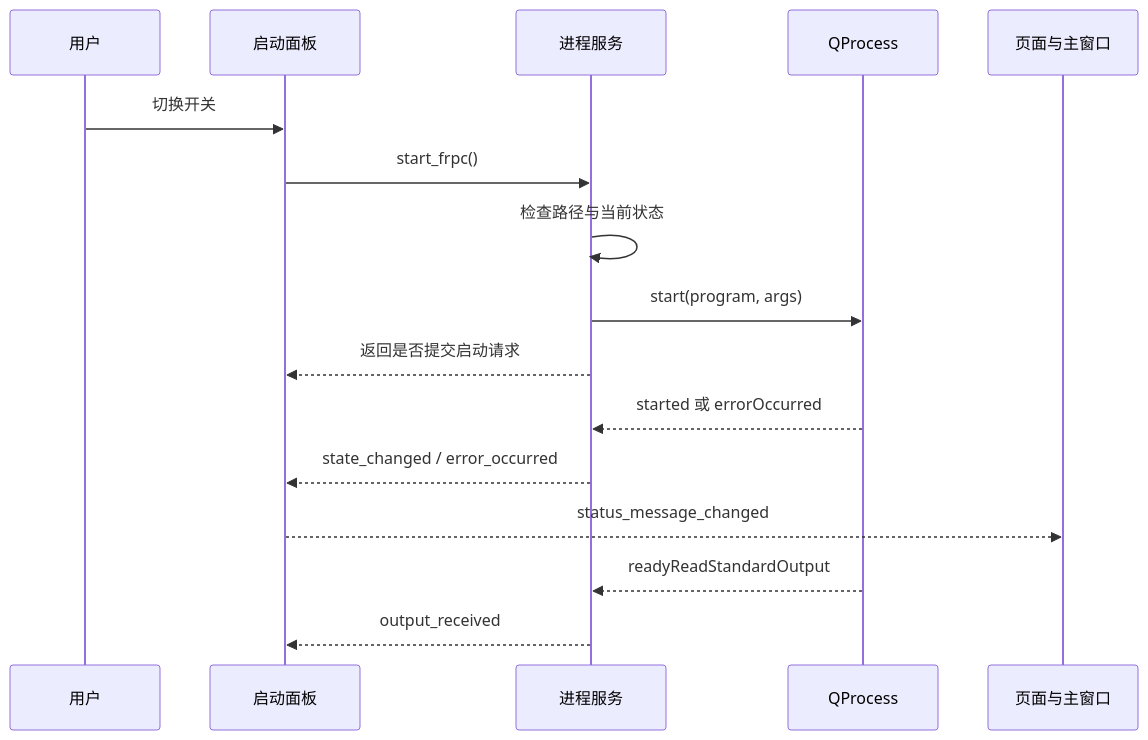
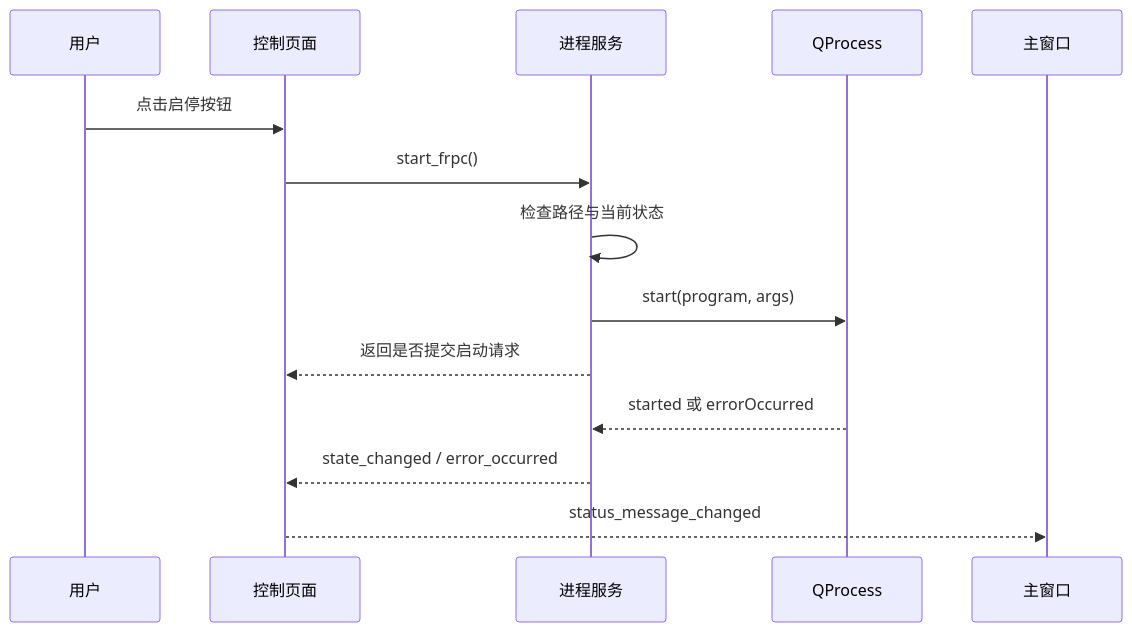
One commit to BigSheep261/EasyFrp changed the diagram in docs/Book/26_从教材走进EasyFrp源码.md. Above: the diagram before and after it, drawn with Mermaid. The commit also changed other lines of this file and 36 other files, not shown here.

````diff
--- a/docs/Book/26_从教材走进EasyFrp源码.md
+++ b/docs/Book/26_从教材走进EasyFrp源码.md
@@ -37,18 +35,16 @@
 ```mermaid
 sequenceDiagram
     participant U as 用户
-    participant P as 启动面板
+    participant P as 控制页面
     participant S as 进程服务
     participant Q as QProcess
-    participant W as 页面与主窗口
-    U->>P: 切换开关
+    participant W as 主窗口
+    U->>P: 点击启停按钮
     P->>S: start_frpc()
     S->>S: 检查路径与当前状态
     S->>Q: start(program, args)
     S-->>P: 返回是否提交启动请求
     Q-->>S: started 或 errorOccurred
     S-->>P: state_changed / error_occurred
     P-->>W: status_message_changed
-    Q-->>S: readyReadStandardOutput
-    S-->>P: output_received
 ```
````
